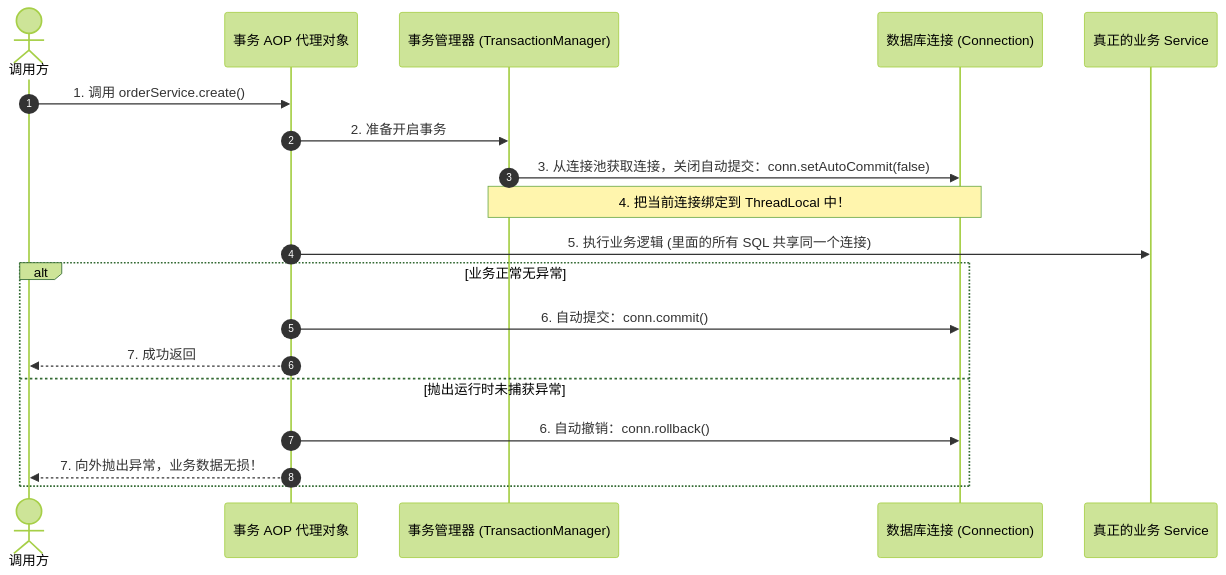
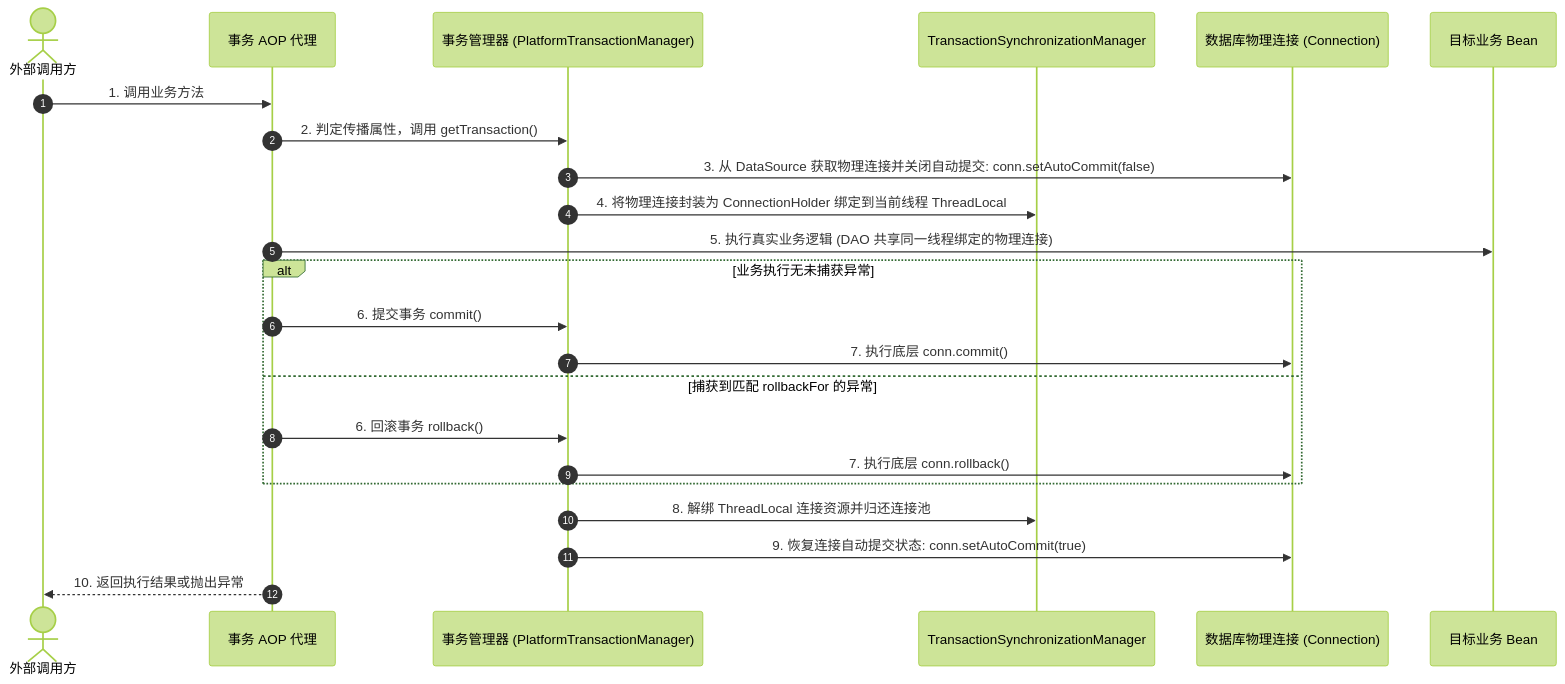
One commit to GuoWWWX/knowledge-base changed the second of 2 diagrams in 20-Java后端/04-Spring生态/03-Spring事务管理.md. Above: the diagram before and after it, drawn with Mermaid (forest theme). The commit also changed other lines of this file and 234 other files, not shown here.

````diff
--- a/20-Java后端/04-Spring生态/03-Spring事务管理.md
+++ b/20-Java后端/04-Spring生态/03-Spring事务管理.md
@@ -43,24 +43,28 @@
 ```mermaid
 sequenceDiagram
     autonumber
-    actor Client as 调用方
-    participant Proxy as 事务 AOP 代理对象
-    participant TM as 事务管理器 (TransactionManager)
-    participant DB as 数据库连接 (Connection)
-    participant Target as 真正的业务 Service
+    actor Caller as 外部调用方
+    participant Proxy as 事务 AOP 代理
+    participant TM as 事务管理器 (PlatformTransactionManager)
+    participant TSM as TransactionSynchronizationManager
+    participant DB as 数据库物理连接 (Connection)
+    participant Target as 目标业务 Bean
 
-    Client->>Proxy: 1. 调用 orderService.create()
-    Proxy->>TM: 2. 准备开启事务
-    TM->>DB: 3. 从连接池获取连接，关闭自动提交：conn.setAutoCommit(false);
-    Note over TM, DB: 4. 把当前连接绑定到 ThreadLocal 中！
+    Caller->>Proxy: 1. 调用业务方法
+    Proxy->>TM: 2. 判定传播属性，调用 getTransaction()
+    TM->>DB: 3. 从 DataSource 获取物理连接并关闭自动提交: conn.setAutoCommit(false)
+    TM->>TSM: 4. 将物理连接封装为 ConnectionHolder 绑定到当前线程 ThreadLocal
+    Proxy->>Target: 5. 执行真实业务逻辑 (DAO 共享同一线程绑定的物理连接)
     
-    Proxy->>Target: 5. 执行业务逻辑 (里面的所有 SQL 共享同一个连接)
+    alt 业务执行无未捕获异常
+        Proxy->>TM: 6. 提交事务 commit()
+        TM->>DB: 7. 执行底层 conn.commit()
+    else 捕获到匹配 rollbackFor 的异常
+        Proxy->>TM: 6. 回滚事务 rollback()
+        TM->>DB: 7. 执行底层 conn.rollback()
+    end
     
-    alt 业务正常无异常
-        Proxy->>DB: 6. 自动提交：conn.commit();
-        Proxy-->>Client: 7. 成功返回
-    else 抛出运行时未捕获异常
-        Proxy->>DB: 6. 自动撤销：conn.rollback();
-        Proxy-->>Client: 7. 向外抛出异常，业务数据无损！
-    end
+    TM->>TSM: 8. 解绑 ThreadLocal 连接资源并归还连接池
+    TM->>DB: 9. 恢复连接自动提交状态: conn.setAutoCommit(true)
+    Proxy-->>Caller: 10. 返回执行结果或抛出异常
 ```
````
